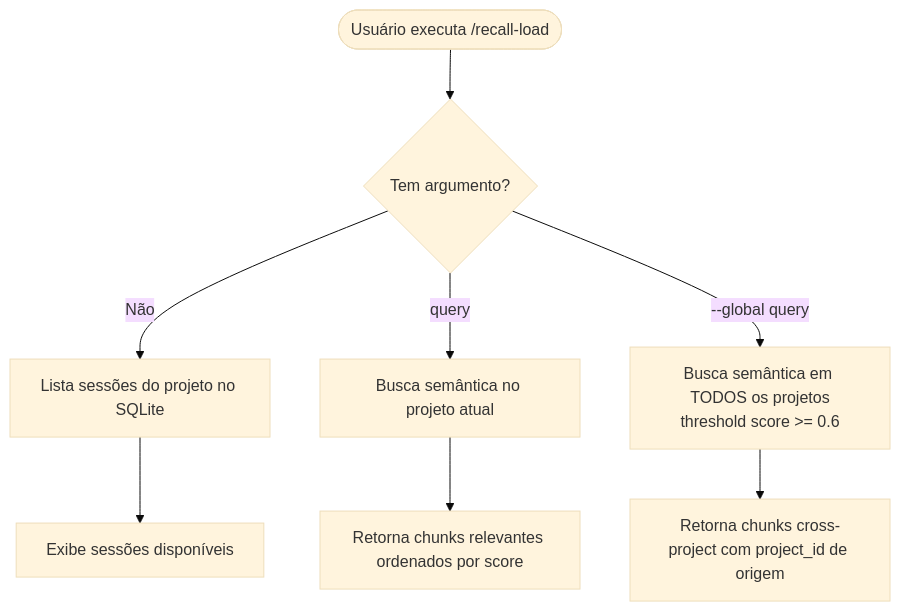
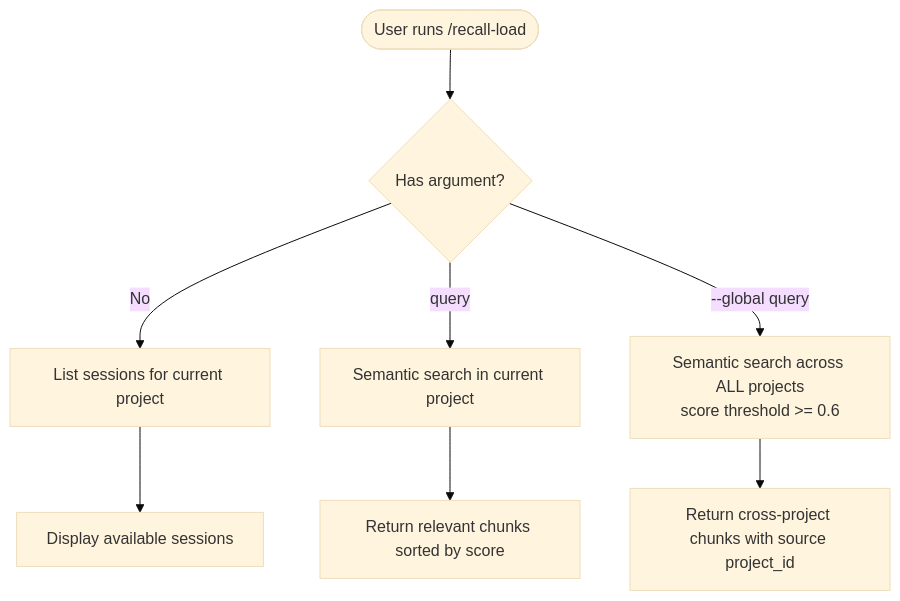
Before and after one commit to altvoratech/recall: the fourth of 5 diagrams in FLUXO-ATUAL.md, drawn with Mermaid (base theme). The commit also changed other lines of this file and 1 other file, not shown here.

````diff
--- a/FLUXO-ATUAL.md
+++ b/FLUXO-ATUAL.md
@@ -137,11 +162,11 @@
 ```mermaid
 flowchart TD
-    A([Usuário executa /recall-load]) --> B{Tem argumento?}
-    B -->|Não| C[Lista sessões do projeto no SQLite]
-    B -->|query| D[Busca semântica no projeto atual]
-    B -->|--global query| E[Busca semântica em TODOS os projetos\nthreshold score >= 0.6]
+    A([User runs /recall-load]) --> B{Has argument?}
+    B -->|No| C[List sessions for current project]
+    B -->|query| D[Semantic search in current project]
+    B -->|--global query| E[Semantic search across ALL projects\nscore threshold >= 0.6]
 
-    C --> F[Exibe sessões disponíveis]
-    D --> G[Retorna chunks relevantes ordenados por score]
-    E --> H[Retorna chunks cross-project com project_id de origem]
+    C --> F[Display available sessions]
+    D --> G[Return relevant chunks sorted by score]
+    E --> H[Return cross-project chunks with source project_id]
 ```
````
